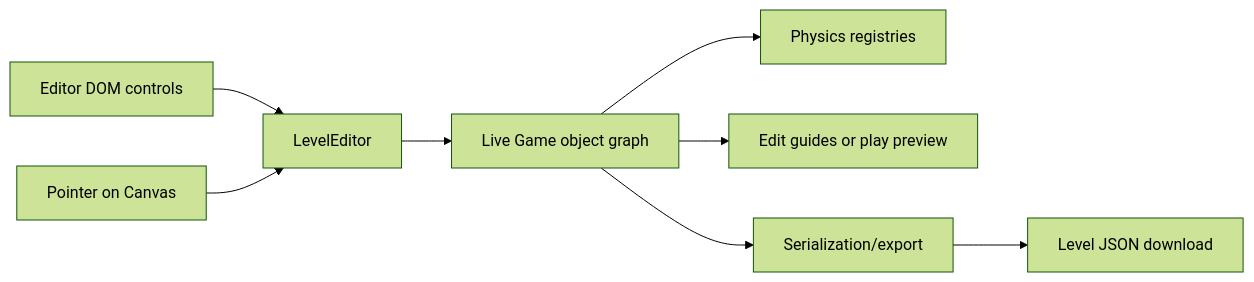
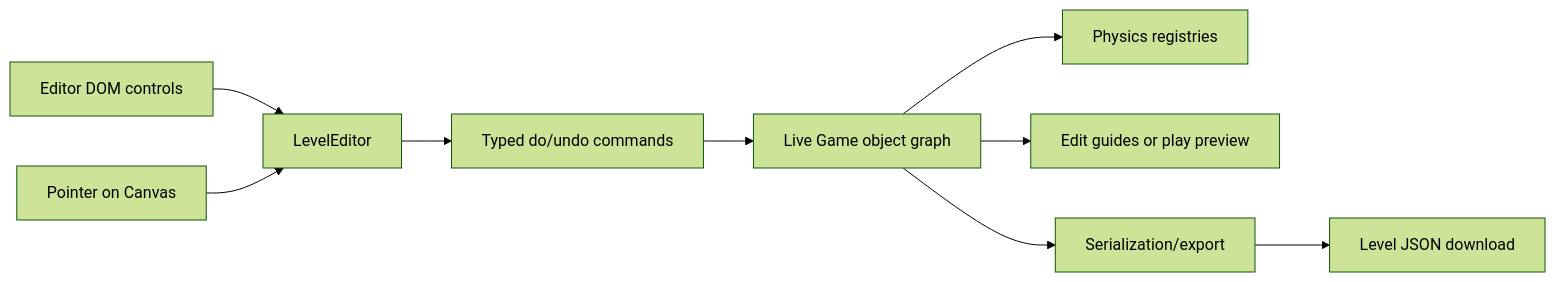
One commit to Newah1/SpacedPenguin changed diagram 13 of 15 in ARCHITECTURE.md. Above: the diagram before and after it, drawn with Mermaid (forest theme). The commit also changed other lines of this file and 42 other files, not shown here.

````diff
--- a/ARCHITECTURE.md
+++ b/ARCHITECTURE.md
@@ -479,10 +479,11 @@
 ```mermaid
 flowchart LR
     Toolbar[Editor DOM controls] --> Editor[LevelEditor]
     Canvas[Pointer on Canvas] --> Editor
-    Editor --> Live[Live Game object graph]
+    Editor --> Commands[Typed do/undo commands]
+    Commands --> Live[Live Game object graph]
     Live --> Physics[Physics registries]
     Live --> Preview[Edit guides or play preview]
     Live --> Serialize[Serialization/export]
     Serialize --> Download[Level JSON download]
 ```
````
